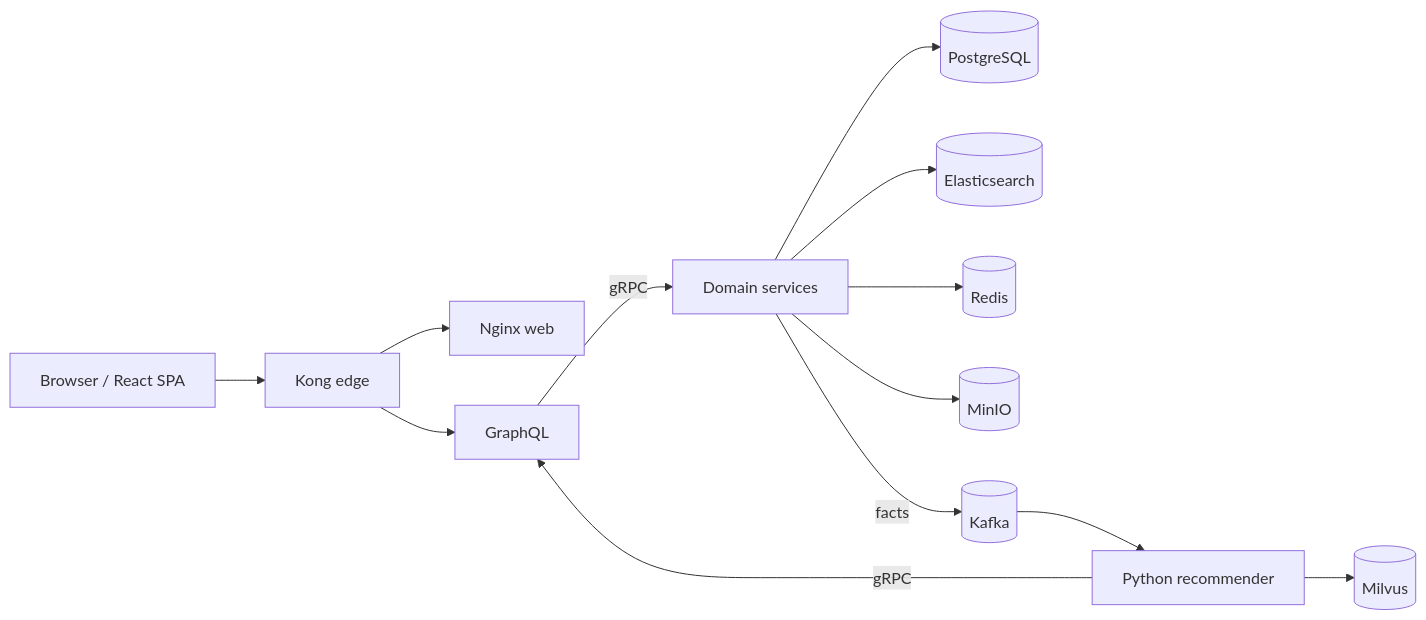
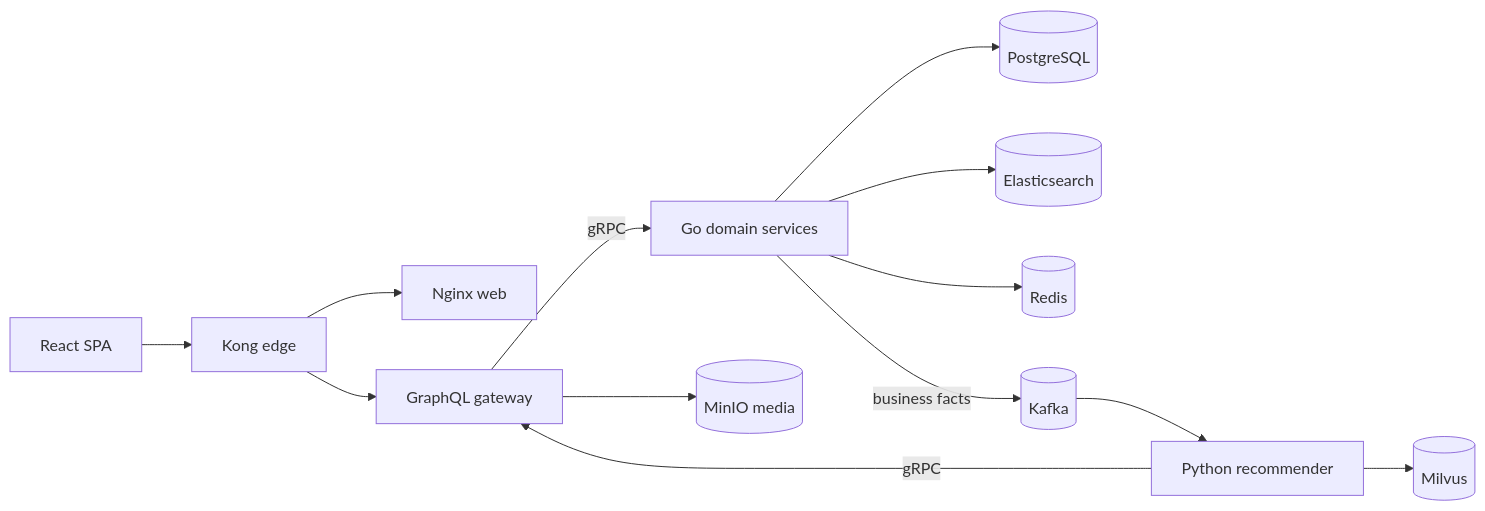
Before and after one commit to Tuananh165-art/GoshopX: the diagram in README.md, drawn with Mermaid. The commit also changed other lines of this file and 31 other files, not shown here.

Commit message:
refactor(docs): remove AGENTS.md and enhance README.md with detailed project overview, architecture, and guidelines

````diff
--- a/README.md
+++ b/README.md
@@ -41,15 +81,15 @@
-```mermaid
+~~~mermaid
 flowchart LR
-  B[Browser / React SPA] --> K[Kong edge]
-  K --> W[Nginx web]
-  K --> G[GraphQL]
-  G -->|gRPC| S[Domain services]
-  S --> P[(PostgreSQL)]
-  S --> E[(Elasticsearch)]
-  S --> R[(Redis)]
-  S --> M[(MinIO)]
-  S -->|facts| Q[(Kafka)]
-  Q --> AI[Python recommender]
-  AI --> V[(Milvus)]
-  AI -->|gRPC| G
-```
+  Browser[React SPA] --> Kong[Kong edge]
+  Kong --> Web[Nginx web]
+  Kong --> GQL[GraphQL gateway]
+  GQL -->|gRPC| Services[Go domain services]
+  Services --> PG[(PostgreSQL)]
+  Services --> ES[(Elasticsearch)]
+  Services --> Redis[(Redis)]
+  GQL --> MinIO[(MinIO media)]
+  Services -->|business facts| Kafka[(Kafka)]
+  Kafka --> Rec[Python recommender]
+  Rec --> Milvus[(Milvus)]
+  Rec -->|gRPC| GQL
+~~~
````
